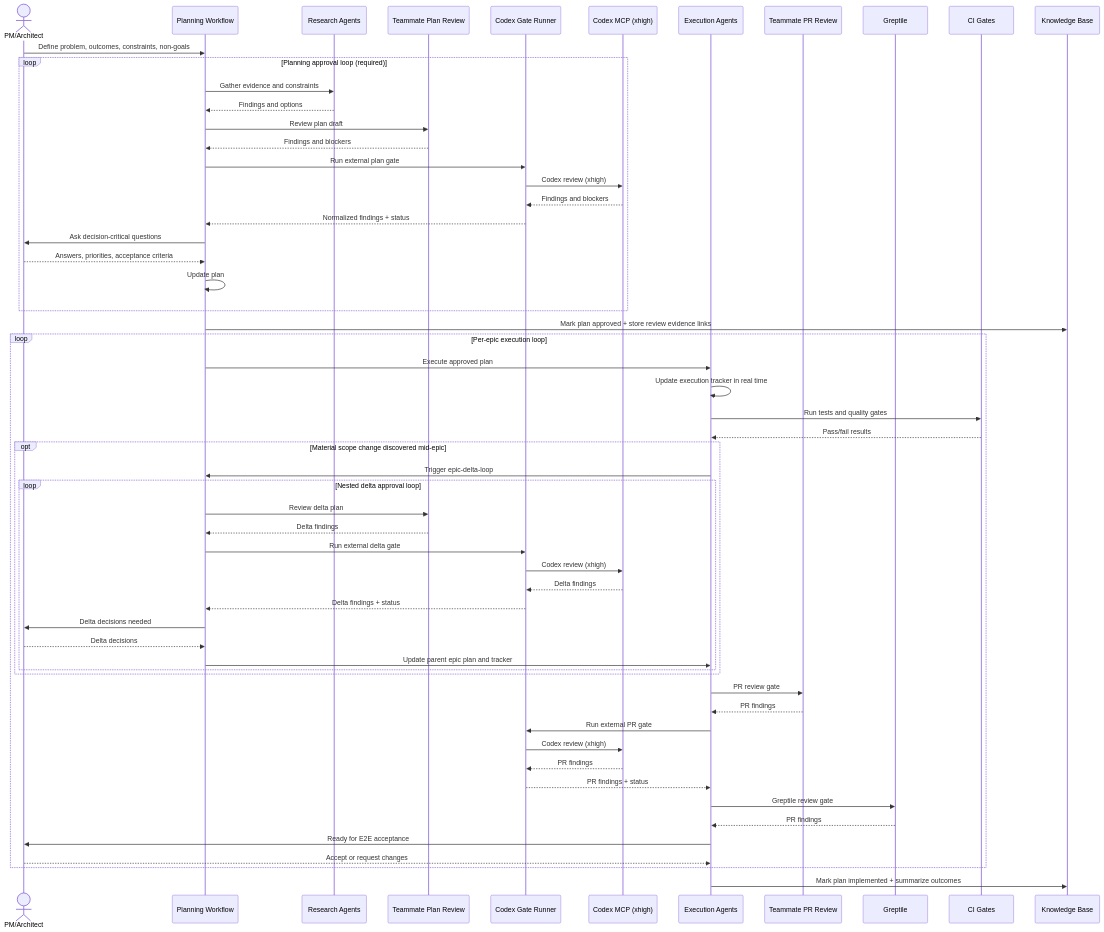
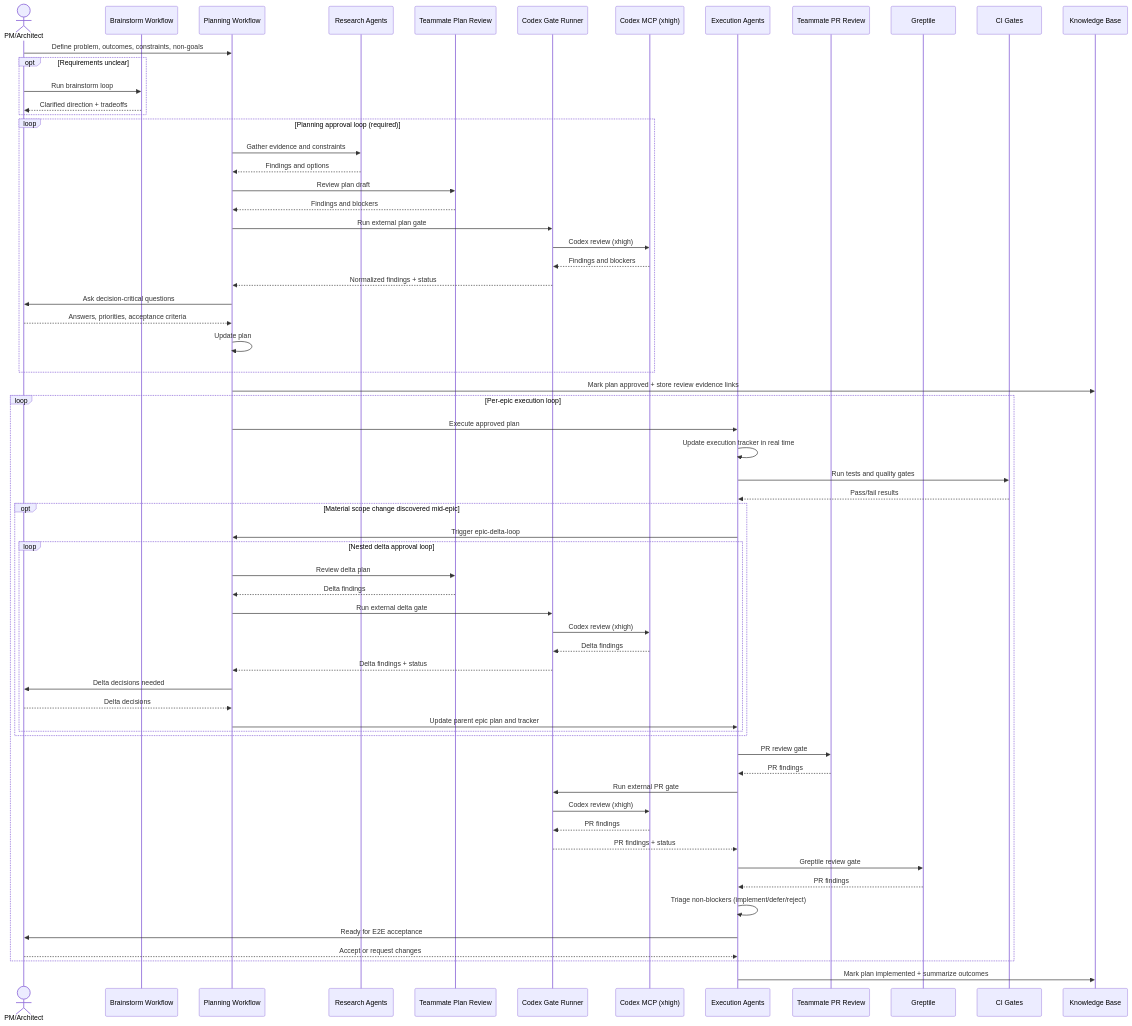
Before and after one commit to adam-badar/compound-engineering-system: the first of 2 diagrams in templates/docs/process/sequence-diagram.md, drawn with Mermaid. The commit also changed other lines of this file and 23 other files, not shown here.

Commit message:
feat: add discovery workflows and enforce non-blocker triage

````diff
--- a/templates/docs/process/sequence-diagram.md
+++ b/templates/docs/process/sequence-diagram.md
@@ -5,65 +5,71 @@
 ```mermaid
 sequenceDiagram
     actor PM as PM/Architect
+    participant Brainstorm as Brainstorm Workflow
     participant Plan as Planning Workflow
     participant Research as Research Agents
     participant TeamPlan as Teammate Plan Review
     participant CodexGate as Codex Gate Runner
     participant Codex as Codex MCP (xhigh)
     participant Work as Execution Agents
     participant TeamPR as Teammate PR Review
     participant Greptile as Greptile
     participant CI as CI Gates
     participant KB as Knowledge Base
 
     PM->>Plan: Define problem, outcomes, constraints, non-goals
+    opt Requirements unclear
+        PM->>Brainstorm: Run brainstorm loop
+        Brainstorm-->>PM: Clarified direction + tradeoffs
+    end
     loop Planning approval loop (required)
         Plan->>Research: Gather evidence and constraints
         Research-->>Plan: Findings and options
         Plan->>TeamPlan: Review plan draft
         TeamPlan-->>Plan: Findings and blockers
         Plan->>CodexGate: Run external plan gate
         CodexGate->>Codex: Codex review (xhigh)
         Codex-->>CodexGate: Findings and blockers
         CodexGate-->>Plan: Normalized findings + status
         Plan->>PM: Ask decision-critical questions
         PM-->>Plan: Answers, priorities, acceptance criteria
         Plan->>Plan: Update plan
     end
     Plan->>KB: Mark plan approved + store review evidence links
 
     loop Per-epic execution loop
         Plan->>Work: Execute approved plan
         Work->>Work: Update execution tracker in real time
         Work->>CI: Run tests and quality gates
         CI-->>Work: Pass/fail results
 
         opt Material scope change discovered mid-epic
             Work->>Plan: Trigger epic-delta-loop
             loop Nested delta approval loop
                 Plan->>TeamPlan: Review delta plan
                 TeamPlan-->>Plan: Delta findings
                 Plan->>CodexGate: Run external delta gate
                 CodexGate->>Codex: Codex review (xhigh)
                 Codex-->>CodexGate: Delta findings
                 CodexGate-->>Plan: Delta findings + status
                 Plan->>PM: Delta decisions needed
                 PM-->>Plan: Delta decisions
                 Plan->>Work: Update parent epic plan and tracker
             end
         end
 
         Work->>TeamPR: PR review gate
         TeamPR-->>Work: PR findings
         Work->>CodexGate: Run external PR gate
         CodexGate->>Codex: Codex review (xhigh)
         Codex-->>CodexGate: PR findings
         CodexGate-->>Work: PR findings + status
         Work->>Greptile: Greptile review gate
         Greptile-->>Work: PR findings
+        Work->>Work: Triage non-blockers (implement/defer/reject)
         Work->>PM: Ready for E2E acceptance
         PM-->>Work: Accept or request changes
     end
 
     Work->>KB: Mark plan implemented + summarize outcomes
 ```
````
